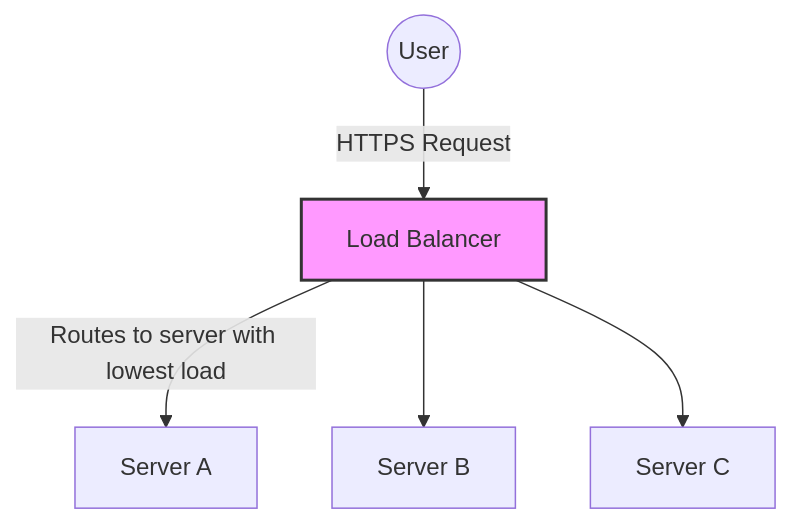
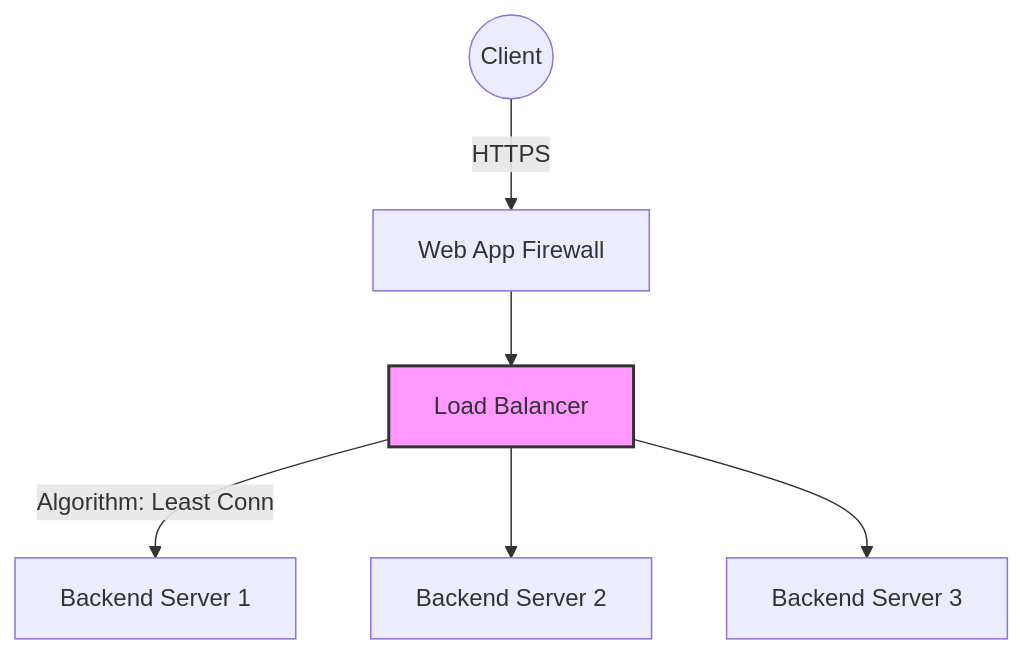
One commit to ssambh/spring-boot-kafka-payment-service changed the third of 7 diagrams in BACKEND_FUNDAMENTALS.md. Above: the diagram before and after it, drawn with Mermaid. The commit also changed other lines of this file and 1 other file, not shown here.

````diff
--- a/BACKEND_FUNDAMENTALS.md
+++ b/BACKEND_FUNDAMENTALS.md
@@ -43,9 +82,11 @@
 ```mermaid
 flowchart TD
-    User((User)) -->|HTTPS Request| LB[Load Balancer]
-    LB -->|Routes to server with lowest load| S1[Server A]
-    LB --> S2[Server B]
-    LB --> S3[Server C]
+    Client((Client)) -->|HTTPS| WAF[Web App Firewall]
+    WAF --> LB[Load Balancer]
+    
+    LB -->|Algorithm: Least Conn| S1[Backend Server 1]
+    LB --> S2[Backend Server 2]
+    LB --> S3[Backend Server 3]
     
     style LB fill:#f9f,stroke:#333,stroke-width:2px
 ```
````
